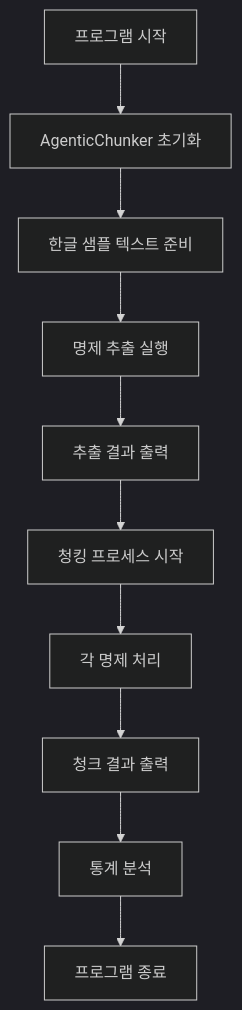
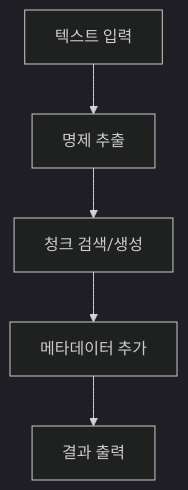
The fourth of 4 diagrams in README.md (ses9892/agentic-chunk), drawn with Mermaid (dark theme) before and after one commit. The commit also changed other lines of this file, not shown here.

First line of the commit message:
Simplify README - remove technical details, keep core diagrams and usage

````diff
--- a/README.md
+++ b/README.md
@@ -177,12 +117,7 @@
 ```mermaid
 flowchart TD
-    A[프로그램 시작] --> B[AgenticChunker 초기화]
-    B --> C[한글 샘플 텍스트 준비]
-    C --> D[명제 추출 실행]
-    D --> E[추출 결과 출력]
-    E --> F[청킹 프로세스 시작]
-    F --> G[각 명제 처리]
-    G --> H[청크 결과 출력]
-    H --> I[통계 분석]
-    I --> J[프로그램 종료]
+    A[텍스트 입력] --> B[명제 추출]
+    B --> C[청크 검색/생성]
+    C --> D[메타데이터 추가]
+    D --> E[결과 출력]
 ```
````
